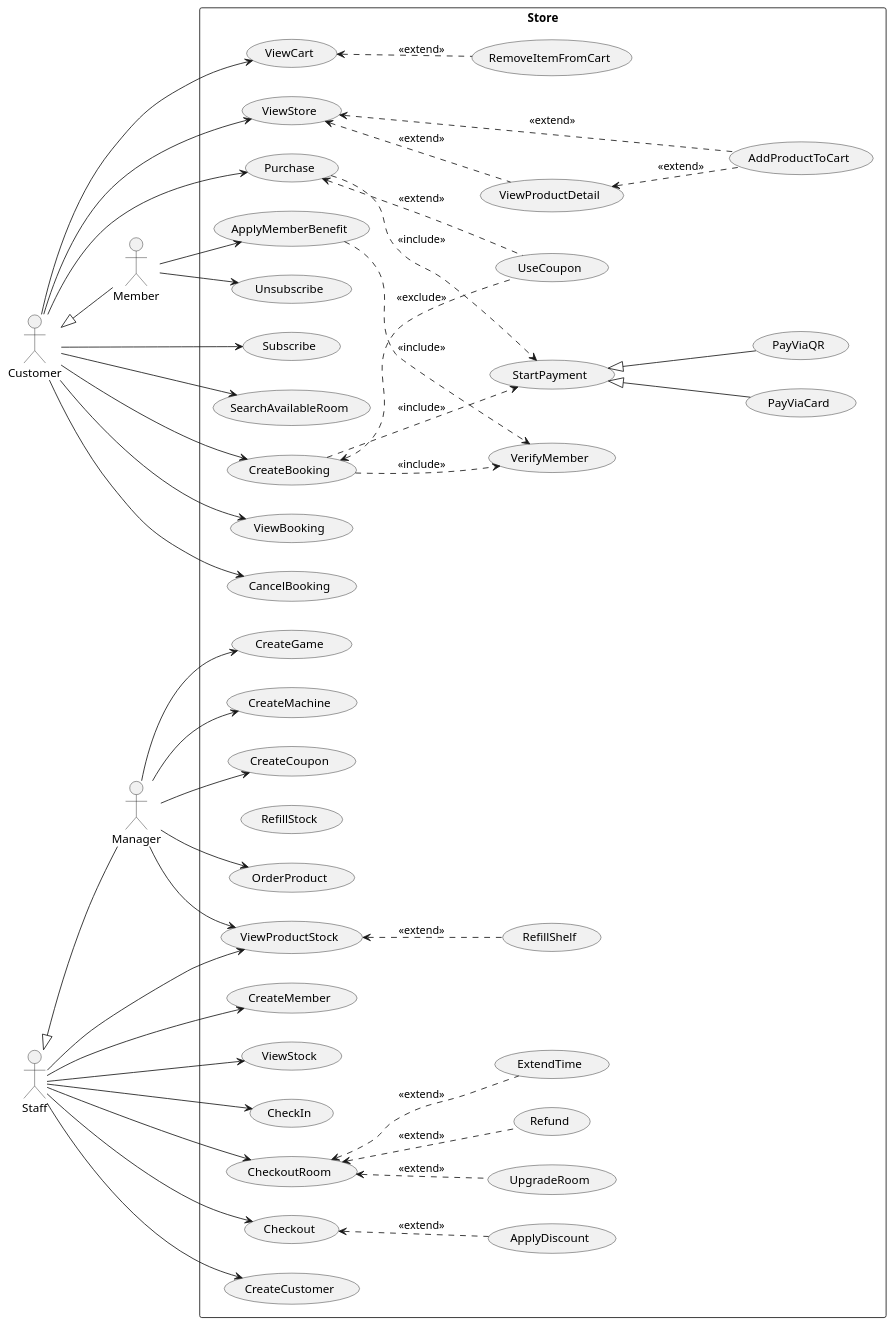
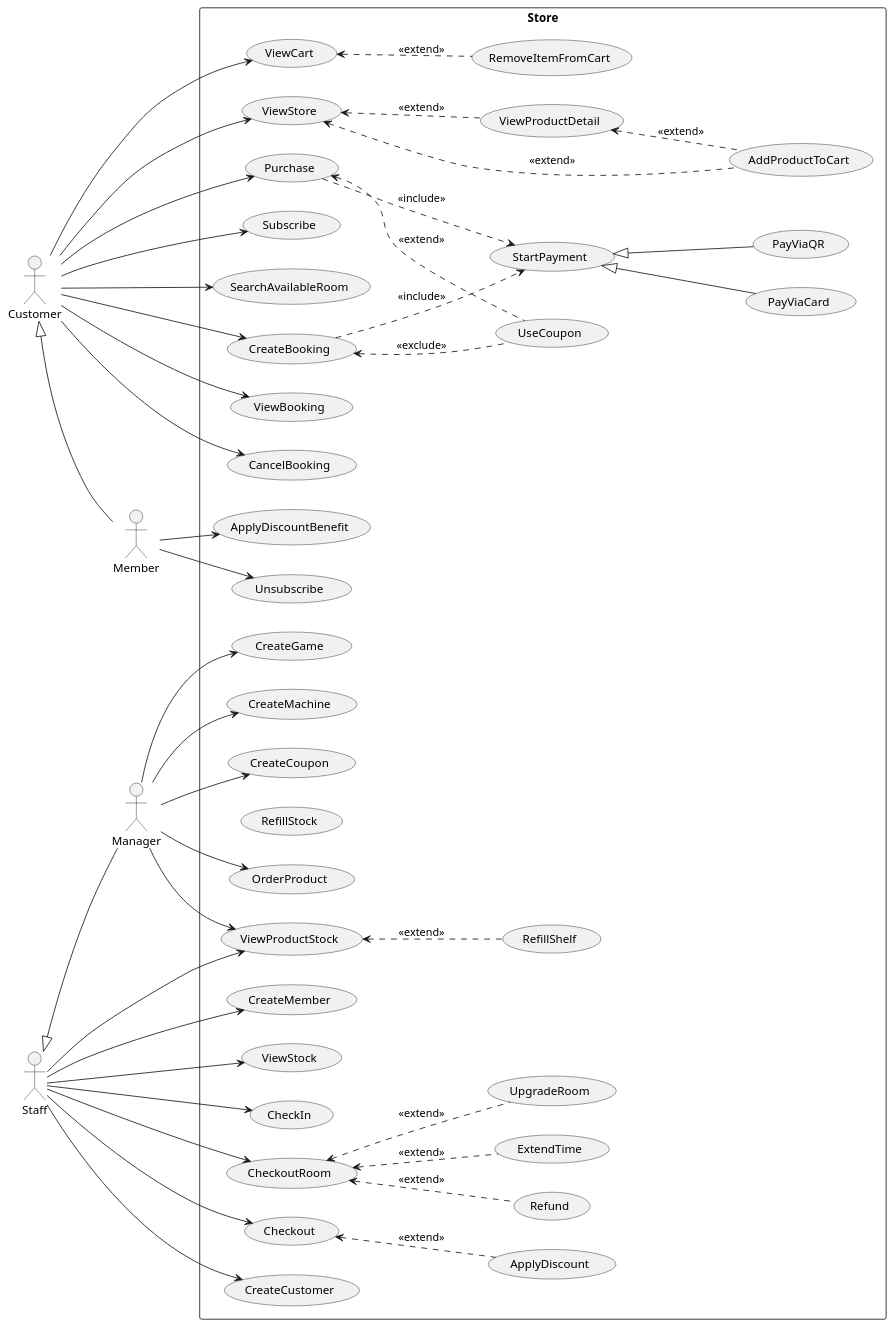
One commit to WaroonRagwongsiri/OOP_Project changed the diagram in UseCaseDiagram/usecase_diagram.puml. Above: the diagram before and after it, drawn with PlantUML. The commit also changed 3 other files, not shown here.

Commit message:
Unsubscribe, ApplyDiscountBenefit and Cancel Booking

```diff
--- a/UseCaseDiagram/usecase_diagram.puml
+++ b/UseCaseDiagram/usecase_diagram.puml
@@ -1,124 +1,120 @@
 @startuml UseCaseDiagram
 left to right direction
 
 ' =========================
 ' Actors (from hierarchy in Class Diagram)
 ' =========================
 actor "Customer" as A_Customer
 actor "Member" as A_Member
 actor "Staff" as A_Staff
 actor "Manager" as A_Manager
 
 A_Customer <|-- A_Member
 A_Staff <|-- A_Manager
 
 rectangle "Store" {
 
 	'Customer'
 	usecase "AddProductToCart" as UC_AddProductToCart
 	usecase "ViewCart" as UC_ViewCart
 	usecase "RemoveItemFromCart" as UC_RemoveItemFromCart
 	usecase "ViewStore" as UC_ViewStore
 	usecase "ViewProductDetail" as UC_ViewProductDetail
 	usecase "Purchase" as UC_Purchase
 	usecase "UseCoupon" as UC_UseCoupon
 	usecase "Subscribe" as UC_Subscribe
 
 	'Payment'
 	usecase "StartPayment" as UC_StartPayment
 	usecase "PayViaCard" as UC_PayViaCard
 	usecase "PayViaQR" as UC_PayViaQR
 
 	'Member'
-	usecase "ApplyMemberBenefit" as UC_ApplyMemberBenefit
-	usecase "VerifyMember" as UC_VerifyMember
+	usecase "ApplyDiscountBenefit" as UC_ApplyDiscountBenefit
 	usecase "Unsubscribe" as UC_Unsubscribe
 
 	'Staff'
 	usecase "Checkout" as UC_Checkout
 	usecase "ApplyDiscount" as UC_ApplyDiscount
 	usecase "CreateCustomer" as UC_CreateCustomer
 	usecase "CreateMember" as UC_CreateMember
 
 	'Manager'
 	usecase "CreateGame" as UC_CreateGame
 	usecase "CreateMachine" as UC_CreateMachine
 	usecase "ViewProductStock" as UC_ViewProductStock
 	usecase "RefillShelf" as UC_RefillShelf
 	usecase "CreateCoupon" as UC_CreateCoupon
 	usecase "RefillStock" as UC_RefillStock
 	usecase "ViewStock" as UC_ViewStock
 	usecase "OrderProduct" as UC_OrderProduct
 
 	'Room Booking'
 	usecase "SearchAvailableRoom" as UC_SearchAvailableRoom
 	usecase "CreateBooking" as UC_CreateBooking
 	usecase "ViewBooking" as UC_ViewBooking
 	usecase "CancelBooking" as UC_CancelBooking
 	usecase "CheckIn" as UC_CheckIn
 	usecase "ExtendTime" as UC_ExtendTime
 	usecase "UpgradeRoom" as UC_UpgradeRoom
 	usecase "CheckoutRoom" as UC_CheckoutRoom
 	usecase "Refund" as UC_Refund
 }
 
 'Customer'
 A_Customer --> UC_ViewCart
 A_Customer --> UC_ViewStore
 A_Customer --> UC_Purchase
 A_Customer --> UC_Subscribe
 
 UC_ViewStore <.. UC_AddProductToCart : <<extend>>
 UC_ViewStore <.. UC_ViewProductDetail : <<extend>>
 
 UC_ViewProductDetail <.. UC_AddProductToCart : <<extend>>
 
 UC_ViewCart <.. UC_RemoveItemFromCart : <<extend>>
 
 UC_Purchase <.. UC_UseCoupon : <<extend>>
 UC_Purchase ..> UC_StartPayment : <<include>>
 
 'Payment'
 UC_StartPayment <|-- UC_PayViaCard
 UC_StartPayment <|-- UC_PayViaQR
 
 'Member'
-A_Member --> UC_ApplyMemberBenefit
+A_Member --> UC_ApplyDiscountBenefit
 A_Member --> UC_Unsubscribe
-
-UC_ApplyMemberBenefit ..> UC_VerifyMember : <<include>>
 
 'Staff'
 A_Staff --> UC_Checkout
 A_Staff --> UC_ViewProductStock
 A_Staff --> UC_CreateCustomer
 A_Staff --> UC_CreateMember
 A_Staff --> UC_CheckIn
 A_Staff --> UC_CheckoutRoom
 A_Staff --> UC_ViewStock
 
 UC_CheckoutRoom <.. UC_Refund : <<extend>>
 UC_CheckoutRoom <.. UC_ExtendTime : <<extend>>
 UC_CheckoutRoom <.. UC_UpgradeRoom : <<extend>>
 
 UC_Checkout <.. UC_ApplyDiscount : <<extend>>
 UC_ViewProductStock <.. UC_RefillShelf : <<extend>>
 
 'Manager'
 A_Manager --> UC_CreateCoupon
 A_Manager --> UC_ViewProductStock
 A_Manager --> UC_CreateGame
 A_Manager --> UC_CreateMachine
 A_Manager --> UC_OrderProduct
 
 'Customer / Member booking
 A_Customer --> UC_SearchAvailableRoom
 A_Customer --> UC_CreateBooking
 A_Customer --> UC_ViewBooking
 A_Customer --> UC_CancelBooking
 
-UC_CreateBooking ..> UC_VerifyMember : <<include>>
 UC_CreateBooking ..> UC_StartPayment : <<include>>
 UC_CreateBooking <.. UC_UseCoupon : <<exclude>>
 
 @enduml
```
